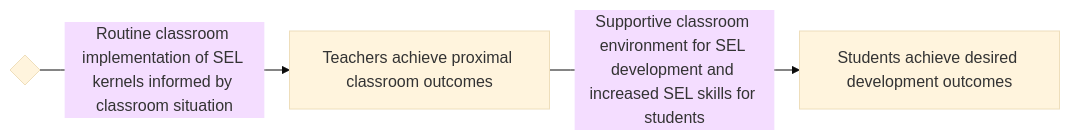
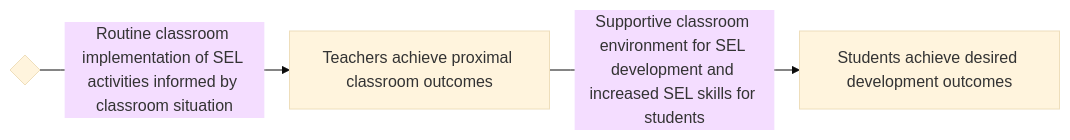
One commit to agency-fund/chatsel-docs changed the fourth of 4 diagrams in docs/t2-behind-the-build/Learning Engineering/p2-user-funnel-chatsel.md. Above: the diagram before and after it, drawn with Mermaid (base theme). The commit also changed other lines of this file and 100 other files, not shown here.

````diff
--- a/docs/t2-behind-the-build/Learning Engineering/p2-user-funnel-chatsel.md
+++ b/docs/t2-behind-the-build/Learning Engineering/p2-user-funnel-chatsel.md
@@ -30,5 +30,5 @@
 ```mermaid
 flowchart LR
-    Y{ } --> |Routine classroom implementation of SEL kernels informed by classroom situation| F[Teachers achieve proximal classroom outcomes]
+    Y{ } --> |Routine classroom implementation of SEL activities informed by classroom situation| F[Teachers achieve proximal classroom outcomes]
     F --> |Supportive classroom environment for SEL development and increased SEL skills for students| G[Students achieve desired development outcomes]
 ```
````
